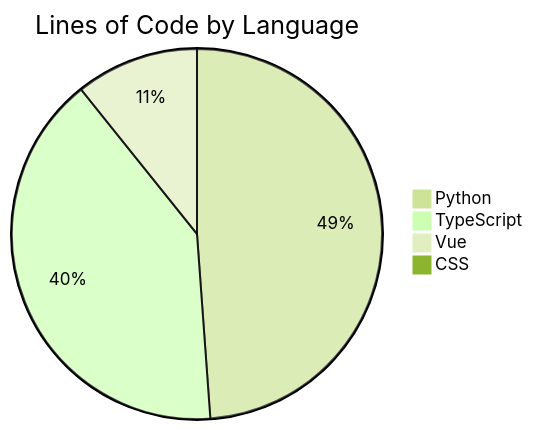
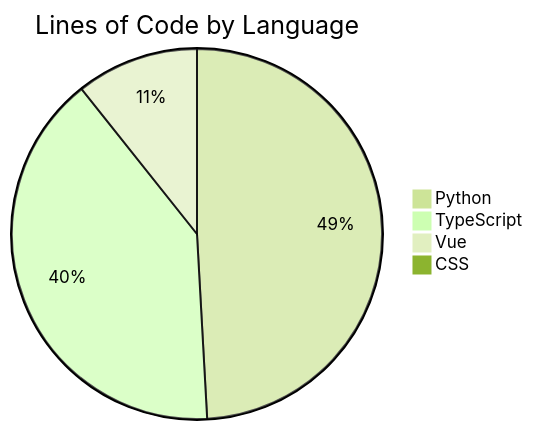
One commit to ISW-stack/AI3L-Community changed the diagram in README.md. Above: the diagram before and after it, drawn with Mermaid (forest theme). The commit also changed other lines of this file and 1 other file, not shown here.

````diff
--- a/README.md
+++ b/README.md
@@ -368,7 +368,7 @@
 ```mermaid
 pie title Lines of Code by Language
-    "Python" : 106627
-    "TypeScript" : 88162
+    "Python" : 107826
+    "TypeScript" : 88184
     "Vue" : 23488
     "CSS" : 127
 ```
````
